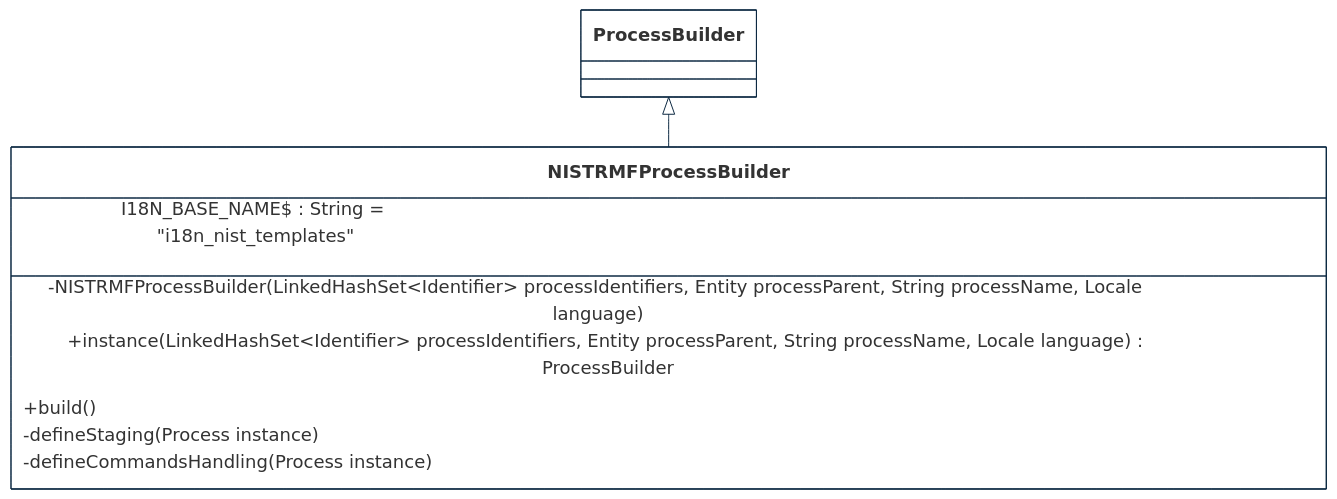
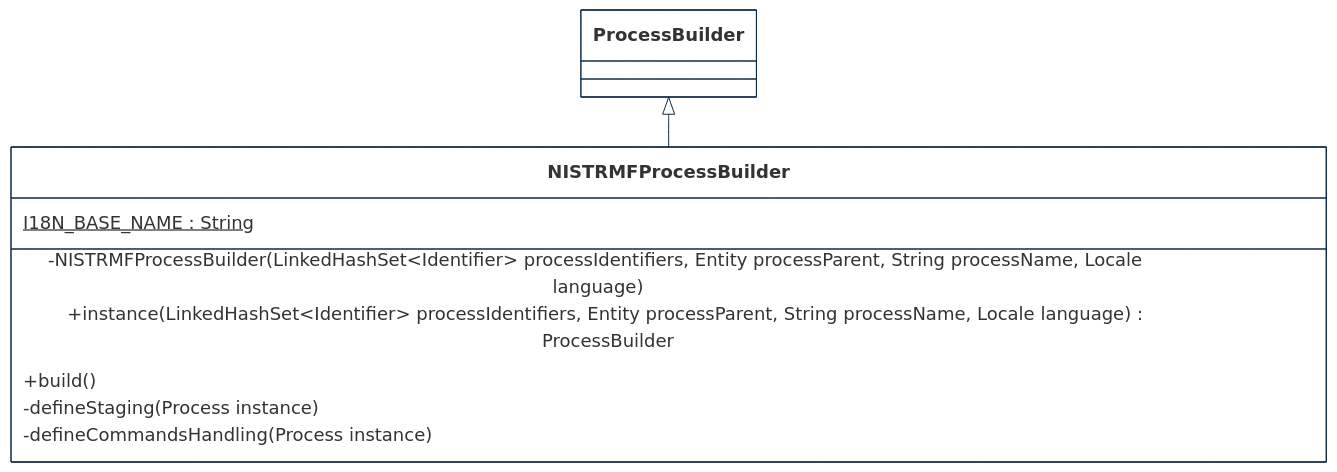
Before and after one commit to cybnity/foundation: the second of 3 diagrams in implementations-line/features/workflow-process/defense-template/designview-packages.md, drawn with Mermaid.

````diff
--- a/implementations-line/features/workflow-process/defense-template/designview-packages.md
+++ b/implementations-line/features/workflow-process/defense-template/designview-packages.md
@@ -78,30 +78,30 @@
 ```mermaid
 %%{
   init: {
     'theme': 'base',
     'themeVariables': {
         'background': '#ffffff',
         'fontFamily': 'arial',
         'fontSize': '18px',
         'primaryColor': '#fff',
         'primaryBorderColor': '#0e2a43',
         'secondaryBorderColor': '#0e2a43',
         'tertiaryBorderColor': '#0e2a43',
         'edgeLabelBackground':'#0e2a43',
         'lineColor': '#0e2a43',
         'tertiaryColor': '#fff'
     }
   }
 }%%
 classDiagram
   ProcessBuilder <|-- NISTRMFProcessBuilder
   class NISTRMFProcessBuilder {
-    I18N_BASE_NAME$ : String = "i18n_nist_templates"
+    I18N_BASE_NAME : String$
     -NISTRMFProcessBuilder(LinkedHashSet~Identifier~ processIdentifiers, Entity processParent, String processName, Locale language)
     +instance(LinkedHashSet~Identifier~ processIdentifiers, Entity processParent, String processName, Locale language) ProcessBuilder
     +build()
     -defineStaging(Process instance)
     -defineCommandsHandling(Process instance)
   }
 
 ```
````
